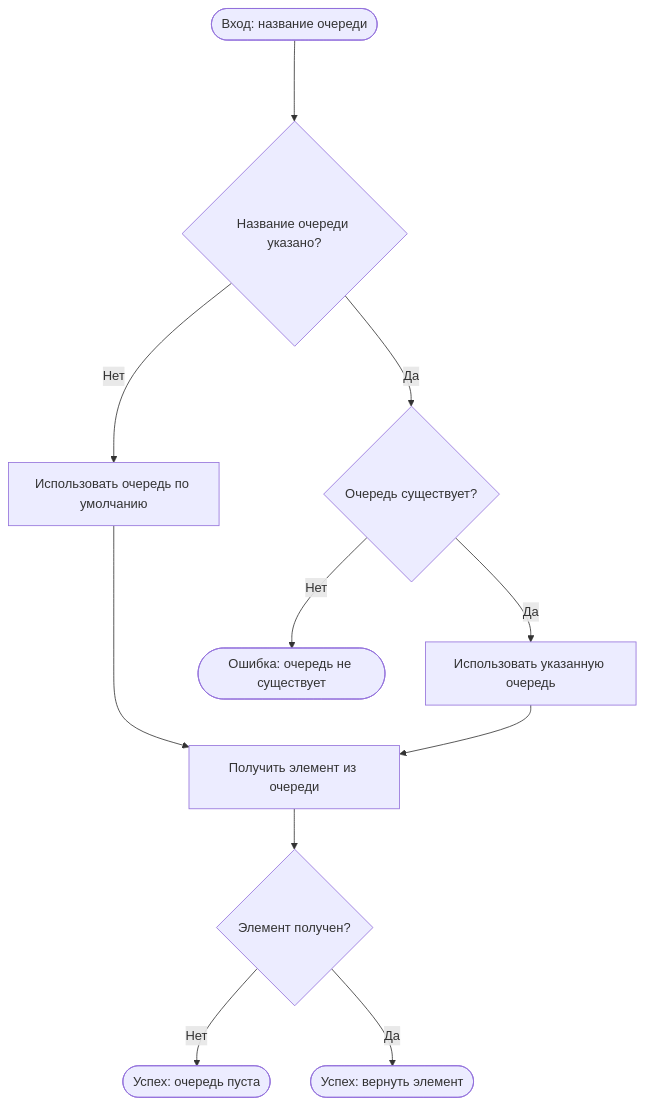
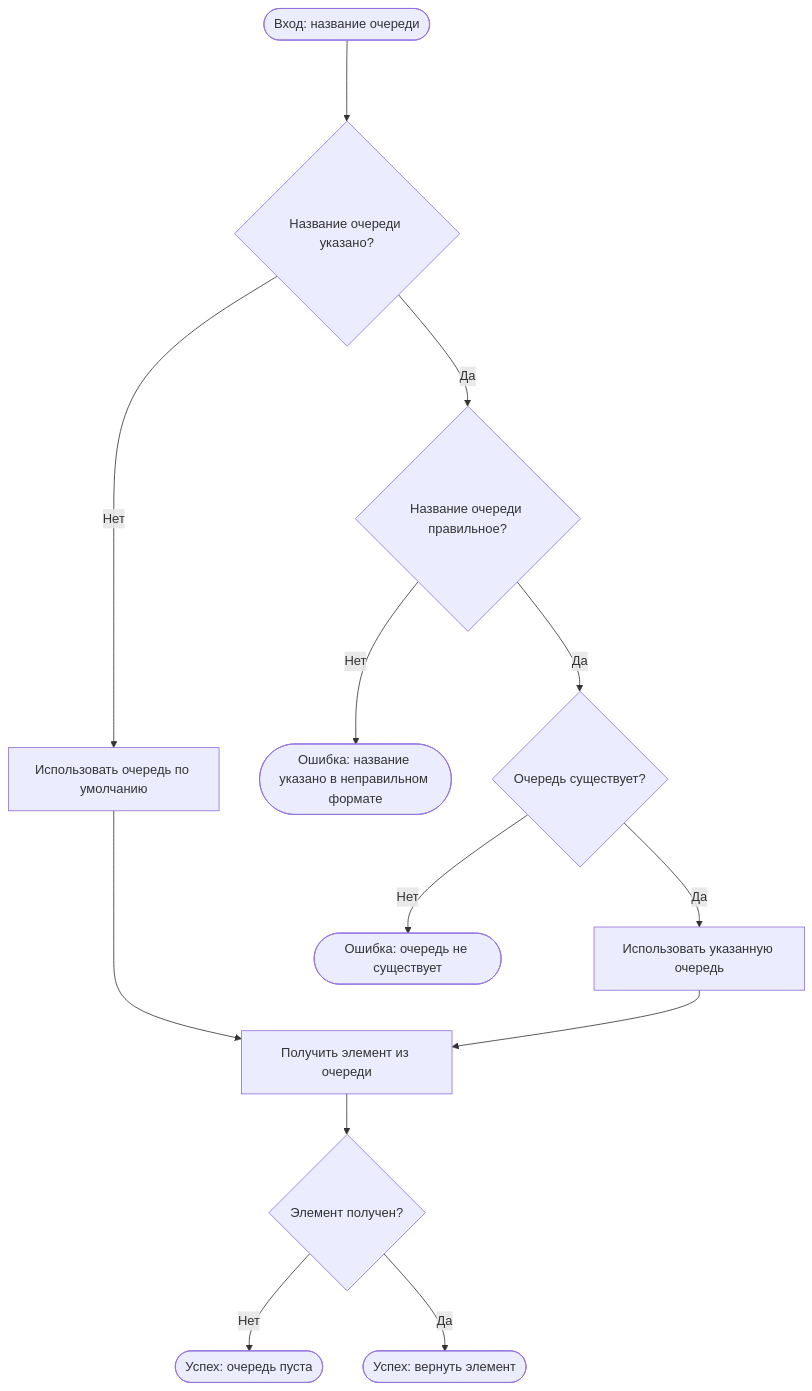
One commit to ashenBlade/TaskFlux changed the second of 5 diagrams in docs/func-spec.md. Above: the diagram before and after it, drawn with Mermaid. The commit also changed other lines of this file and 75 other files, not shown here.

````diff
--- a/docs/func-spec.md
+++ b/docs/func-spec.md
@@ -97,22 +97,28 @@
 ```mermaid
 flowchart TD
     start([Вход: название очереди])
     check-queue-name{Название очереди указано?}
     use-default-queue[Использовать очередь по умолчанию]
+    check-queue-name-valid{Название очереди правильное?}
+    return-invalid-name([Ошибка: название указано в неправильном формате])
     use-specified-queue[Использовать указанную очередь]
     check-queue-exists{Очередь существует?}
     return-queue-not-exists([Ошибка: очередь не существует])
     dequeue-element[Получить элемент из очереди]
     got-element{Элемент получен?}
     return-empty([Успех: очередь пуста])
     return-element([Успех: вернуть элемент])
     
     start ---> check-queue-name
     check-queue-name -- Нет --> use-default-queue ---> dequeue-element
-    check-queue-name -- Да --> check-queue-exists
+    check-queue-name -- Да --> check-queue-name-valid
+    
+    check-queue-name-valid -- Да --> check-queue-exists
+    check-queue-name-valid -- Нет --> return-invalid-name
     
     check-queue-exists -- Нет --> return-queue-not-exists
     check-queue-exists -- Да --> use-specified-queue --> dequeue-element --> got-element
+    
     got-element -- Нет --> return-empty
     got-element -- Да --> return-element
 ```
````
